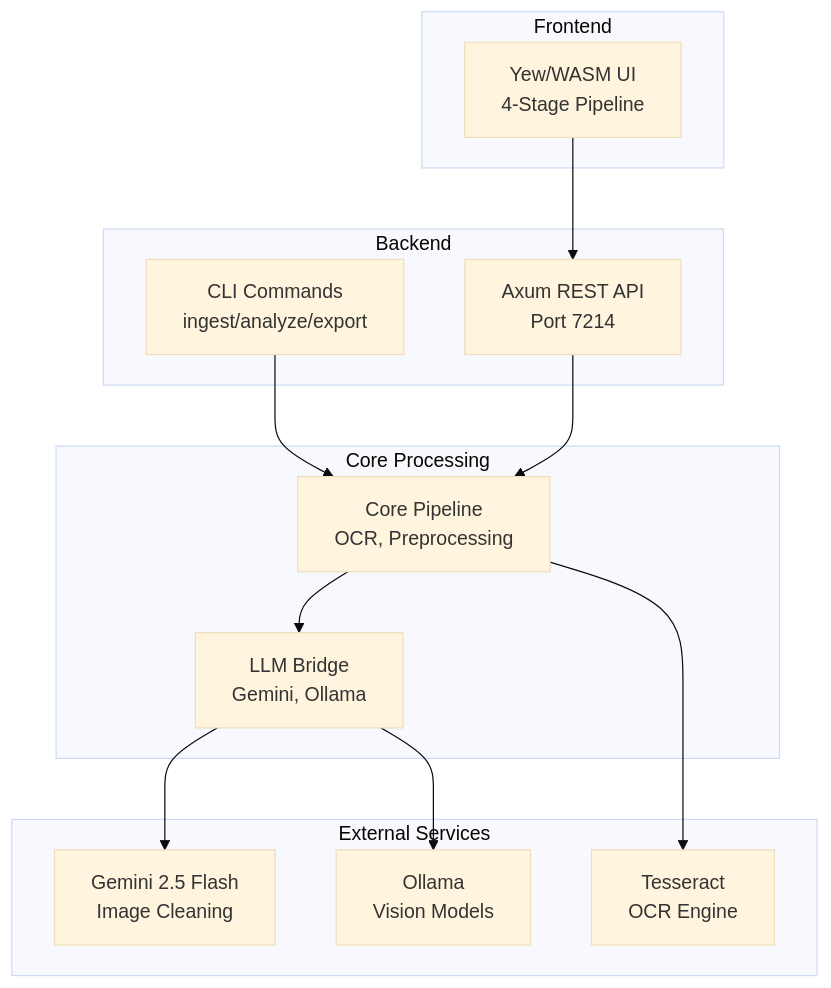
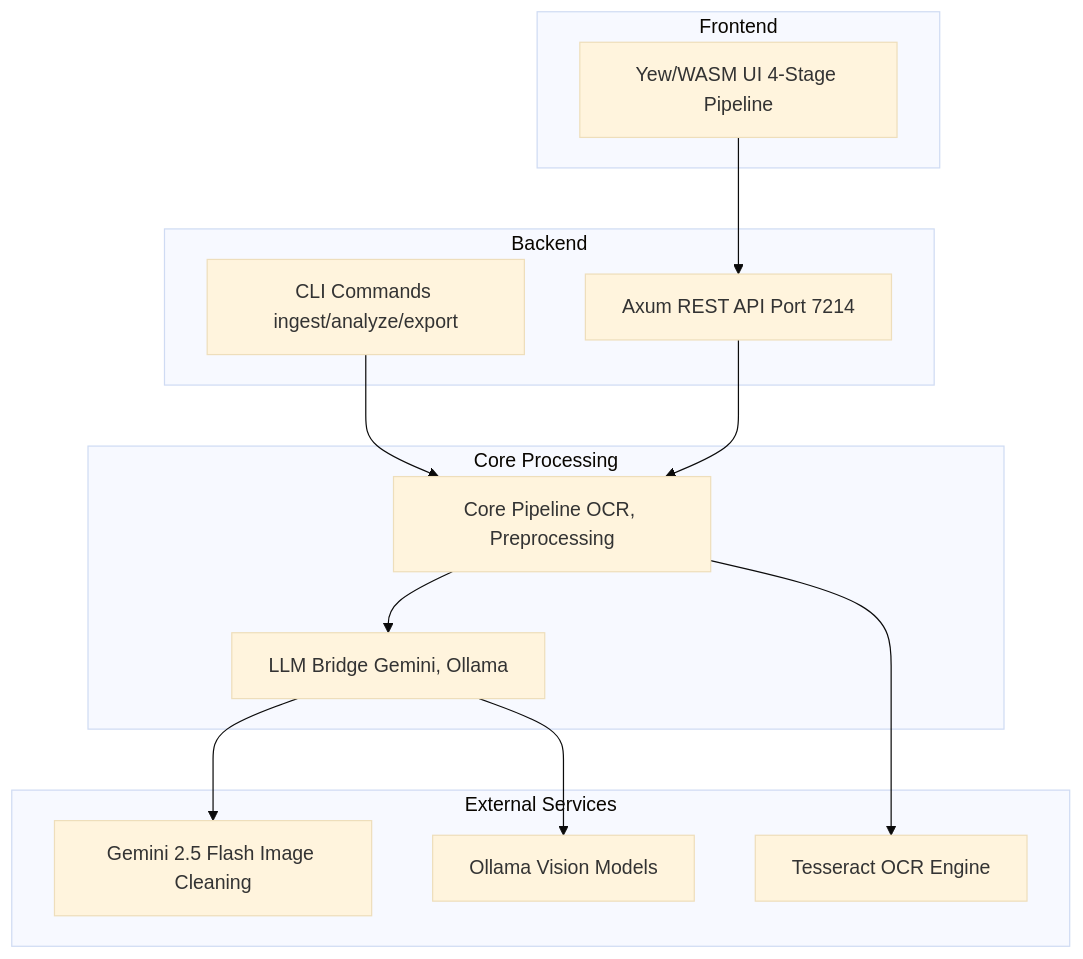
Before and after one commit to softwarewrighter/scan3data: the diagram in wiki/Home.md, drawn with Mermaid (base theme). The commit also changed 6 other files, not shown here.

First line of the commit message:
Fix wiki Mermaid diagrams: remove <br/> tags

````diff
--- a/wiki/Home.md
+++ b/wiki/Home.md
@@ -99,30 +99,30 @@
 ```mermaid
 graph TB
     subgraph "Frontend"
-        UI[Yew/WASM UI<br/>4-Stage Pipeline]
+        UI[Yew/WASM UI 4-Stage Pipeline]
     end
 
     subgraph "Backend"
-        API[Axum REST API<br/>Port 7214]
-        CLI[CLI Commands<br/>ingest/analyze/export]
+        API[Axum REST API Port 7214]
+        CLI[CLI Commands ingest/analyze/export]
     end
 
     subgraph "Core Processing"
-        CP[Core Pipeline<br/>OCR, Preprocessing]
-        LLM[LLM Bridge<br/>Gemini, Ollama]
+        CP[Core Pipeline OCR, Preprocessing]
+        LLM[LLM Bridge Gemini, Ollama]
     end
 
     subgraph "External Services"
-        GEM[Gemini 2.5 Flash<br/>Image Cleaning]
-        OLL[Ollama<br/>Vision Models]
-        TESS[Tesseract<br/>OCR Engine]
+        GEM[Gemini 2.5 Flash Image Cleaning]
+        OLL[Ollama Vision Models]
+        TESS[Tesseract OCR Engine]
     end
 
     UI --> API
     CLI --> CP
     API --> CP
     CP --> LLM
     CP --> TESS
     LLM --> GEM
     LLM --> OLL
 ```
````
